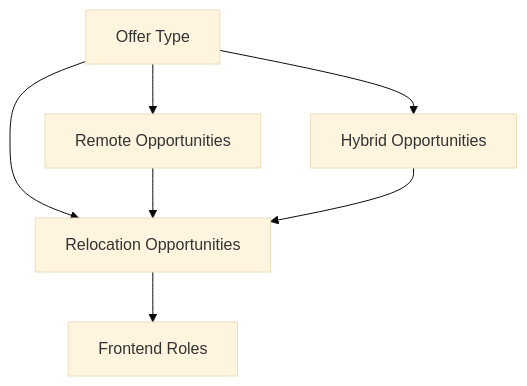
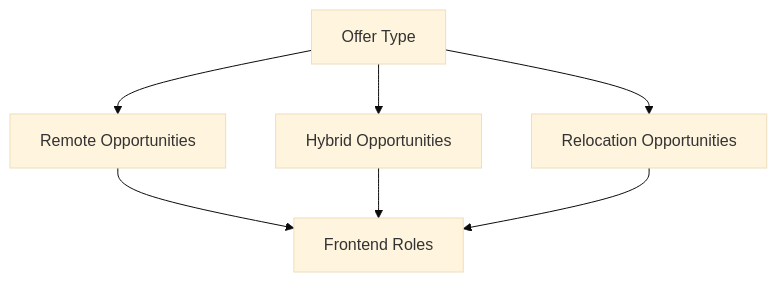
The diagram in README.md (Danthesage01/Danthesage01), drawn with Mermaid (base theme) before and after one commit.

````diff
--- a/README.md
+++ b/README.md
@@ -13,9 +13,9 @@
 ```mermaid
  graph TD;
    A[Offer Type]-->B[Remote Opportunities];
    A[Offer Type]-->C[Hybrid Opportunities];
    A[Offer Type]-->D[Relocation Opportunities];
-   B[Remote Opportunities]-->D[Frontend Roles];
-   C[Hybrid Opportunities]-->D[Frontend Roles];
+   B[Remote Opportunities]-->E[Frontend Roles];
+   C[Hybrid Opportunities]-->E[Frontend Roles];
    D[Relocation Opportunities]-->E[Frontend Roles];
 ```
````
